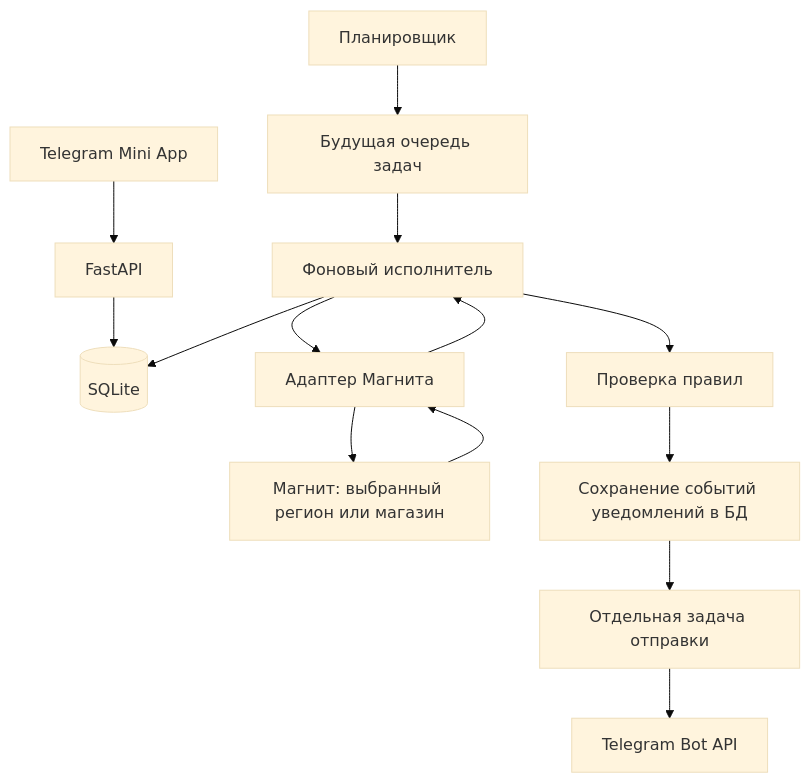
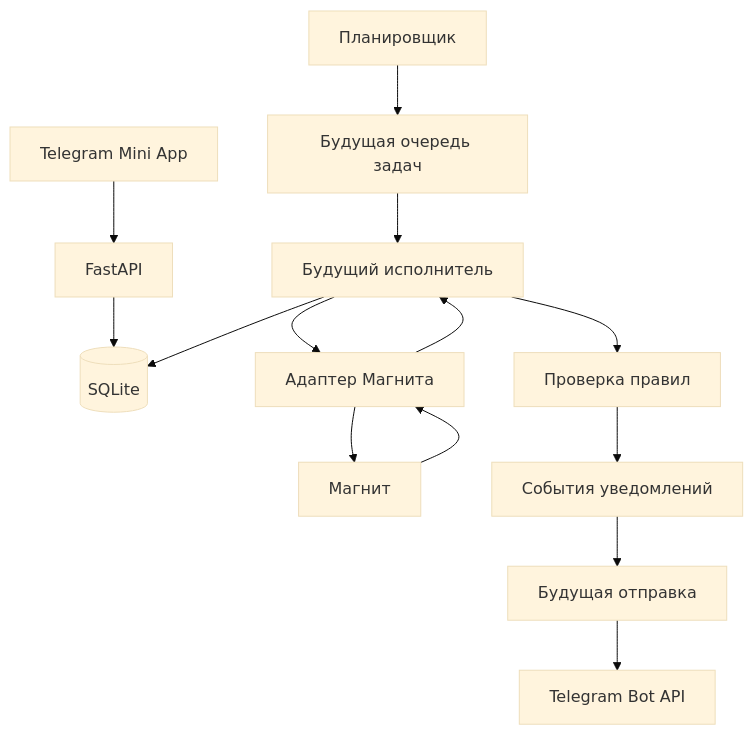
Before and after one commit to alihor123/freefood: the diagram in backend/PROJECT_CONTEXT_BACKEND.md, drawn with Mermaid (base theme). The commit also changed other lines of this file and 56 other files, not shown here.

````diff
--- a/backend/PROJECT_CONTEXT_BACKEND.md
+++ b/backend/PROJECT_CONTEXT_BACKEND.md
@@ -73,16 +31,16 @@
-```mermaid
+~~~mermaid
 flowchart TD
     Client[Telegram Mini App] --> API[FastAPI]
     API --> DB[(SQLite)]
     Scheduler[Планировщик] --> Queue[Будущая очередь задач]
-    Queue --> Worker[Фоновый исполнитель]
+    Queue --> Worker[Будущий исполнитель]
     Worker --> Adapter[Адаптер Магнита]
-    Adapter --> Magnit[Магнит: выбранный регион или магазин]
+    Adapter --> Magnit[Магнит]
     Magnit --> Adapter
     Adapter --> Worker
     Worker --> DB
     Worker --> Rules[Проверка правил]
-    Rules --> Events[Сохранение событий уведомлений в БД]
-    Events --> Sender[Отдельная задача отправки]
+    Rules --> Events[События уведомлений]
+    Events --> Sender[Будущая отправка]
     Sender --> Telegram[Telegram Bot API]
-```
+~~~
````
